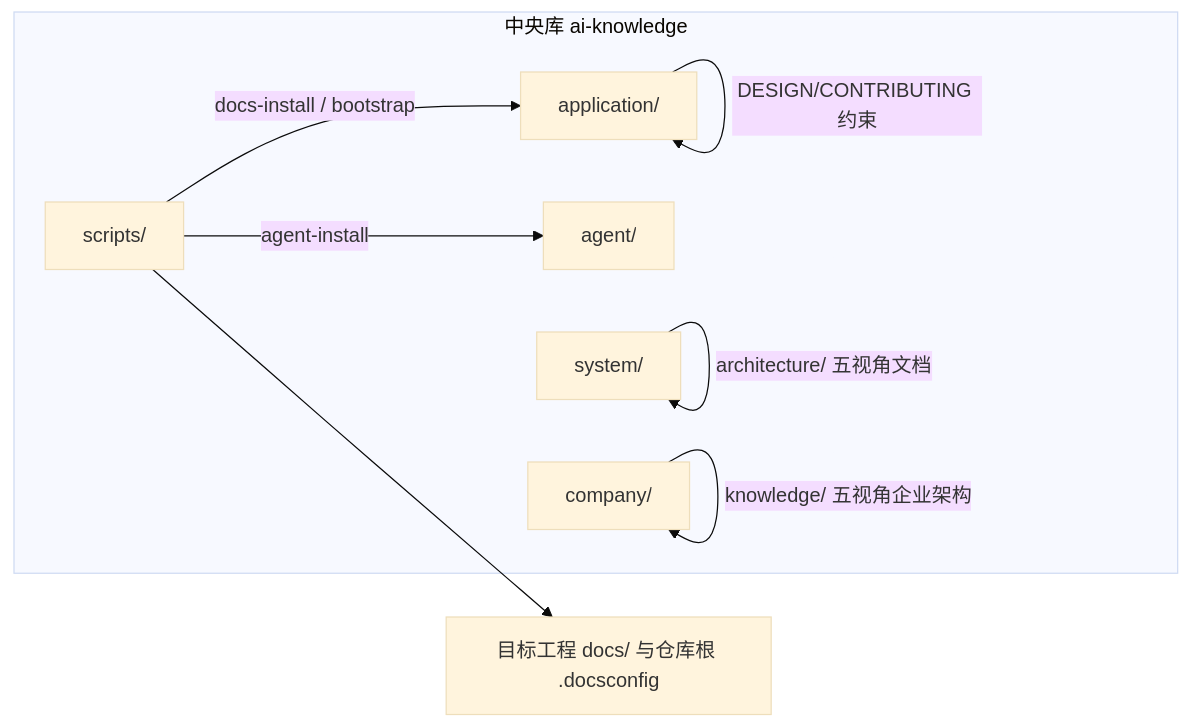
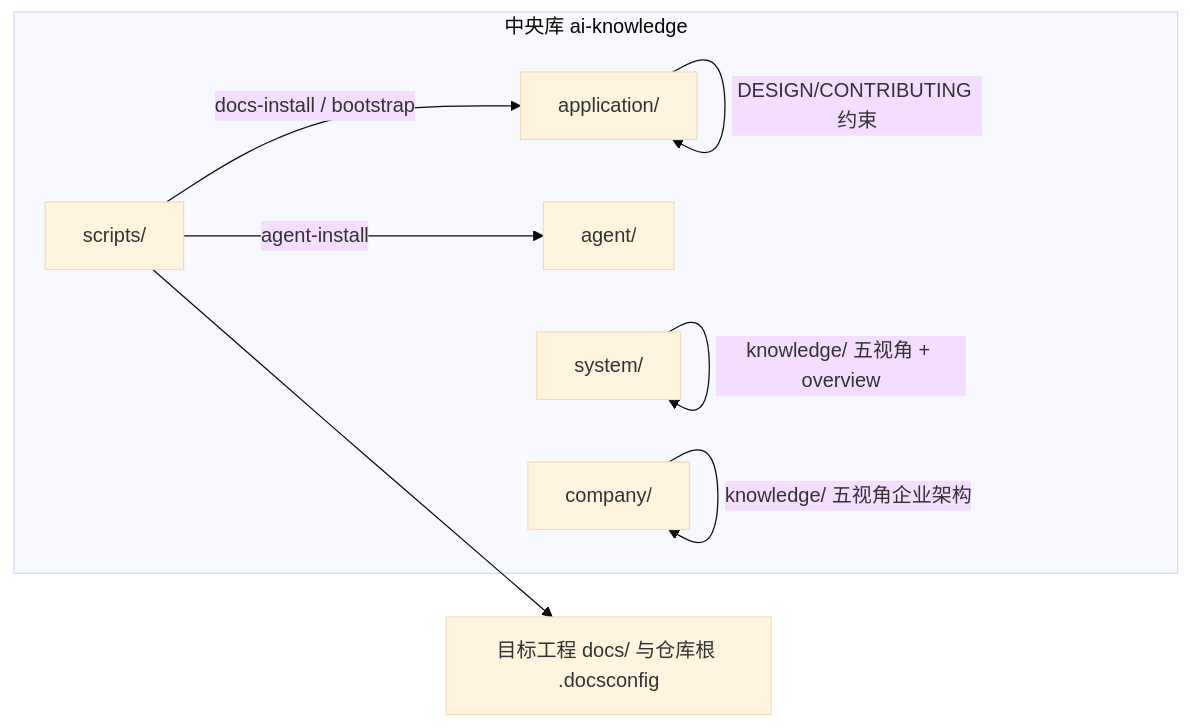
The first of 2 diagrams in INDEX-GUIDE.md (oleewen/ai-knowledge), drawn with Mermaid (base theme) before and after one commit. The commit also changed other lines of this file and 134 other files, not shown here.

````diff
--- a/INDEX-GUIDE.md
+++ b/INDEX-GUIDE.md
@@ -62,17 +62,17 @@
 ```mermaid
 flowchart LR
   subgraph central["中央库 ai-knowledge"]
     app["application/"]
     ag["agent/"]
     sc["scripts/"]
     sys["system/"]
     co["company/"]
   end
   tgt["目标工程 docs/ 与仓库根 .docsconfig"]
   sc -->|"docs-install / bootstrap"| app
   sc -->|"agent-install"| ag
   sc --> tgt
   app -->|"DESIGN/CONTRIBUTING 约束"| app
-  sys -->|"architecture/ 五视角文档"| sys
+  sys -->|"knowledge/ 五视角 + overview"| sys
   co -->|"knowledge/ 五视角企业架构"| co
 ```
````
